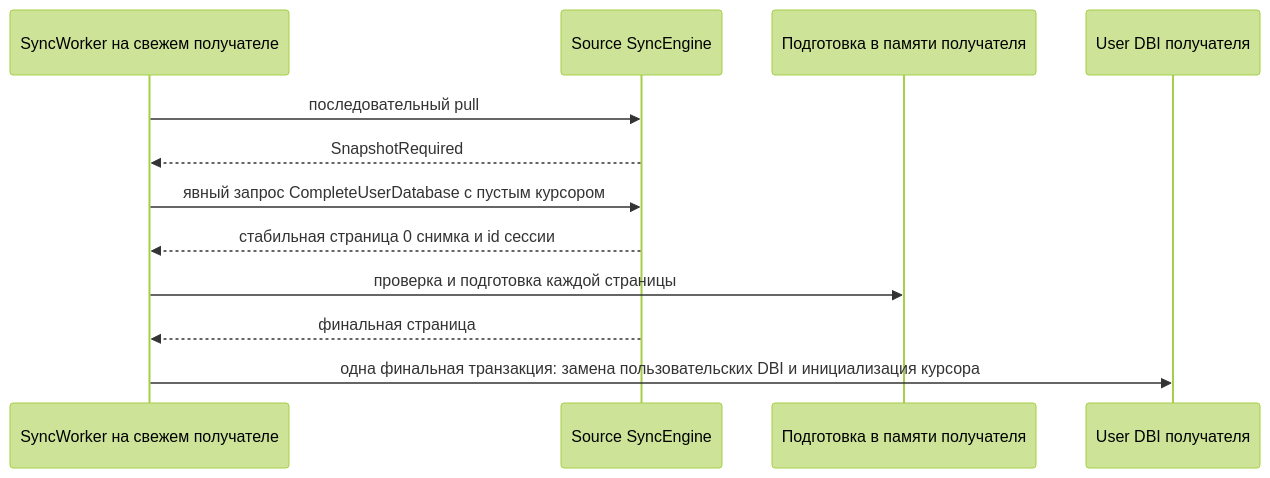
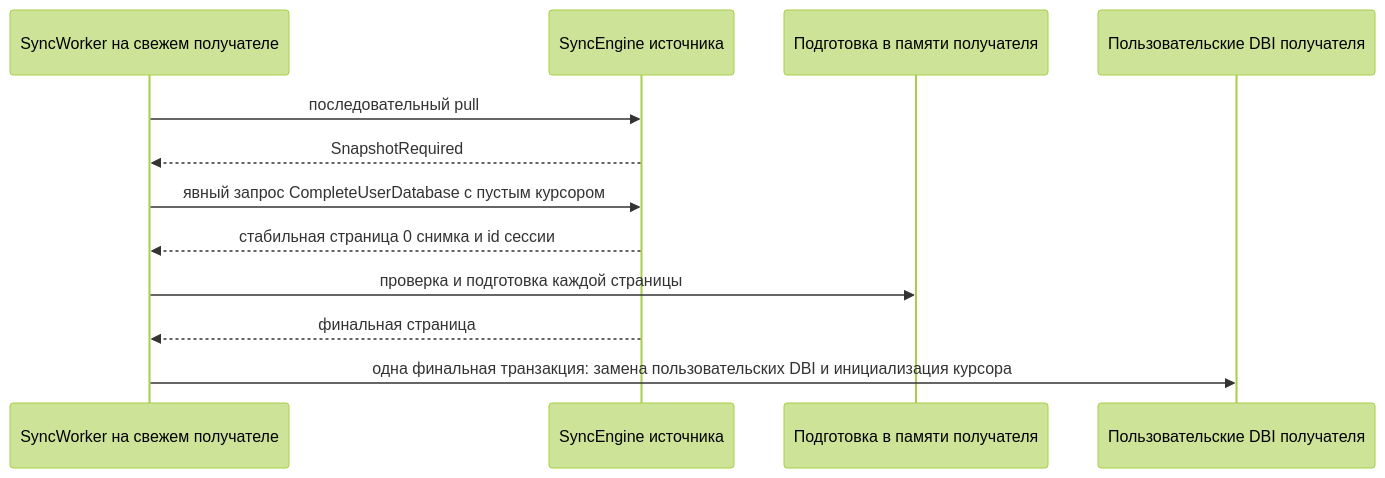
The diagram in docs/sync-recovery-RU.md (LimiNode/mdbx-containers), drawn with Mermaid (forest theme) before and after one commit. The commit also changed 2 other files, not shown here.

Commit message:
docs(ru): localize sync diagrams
Translate explanatory Mermaid labels in the Russian synchronization guides while preserving formal API and protocol identifiers.

````diff
--- a/docs/sync-recovery-RU.md
+++ b/docs/sync-recovery-RU.md
@@ -38,15 +38,15 @@
 ```mermaid
 sequenceDiagram
     participant W as SyncWorker на свежем получателе
-    participant S as Source SyncEngine
+    participant S as SyncEngine источника
     participant Stage as Подготовка в памяти получателя
-    participant DB as User DBI получателя
+    participant DB as Пользовательские DBI получателя
 
     W->>S: последовательный pull
     S-->>W: SnapshotRequired
     W->>S: явный запрос CompleteUserDatabase с пустым курсором
     S-->>W: стабильная страница 0 снимка и id сессии
     W->>Stage: проверка и подготовка каждой страницы
     S-->>W: финальная страница
     W->>DB: одна финальная транзакция: замена пользовательских DBI и инициализация курсора
 ```
````
